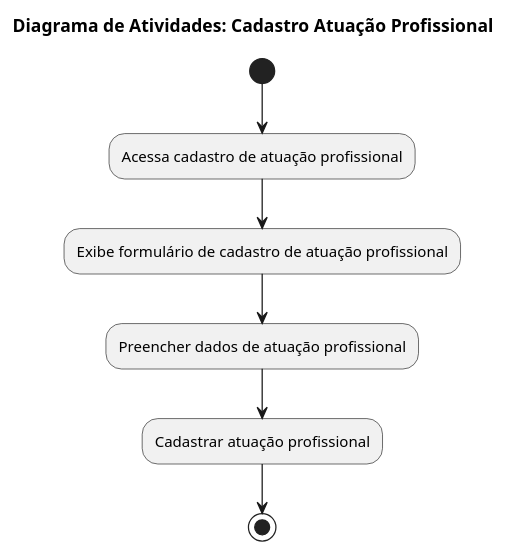
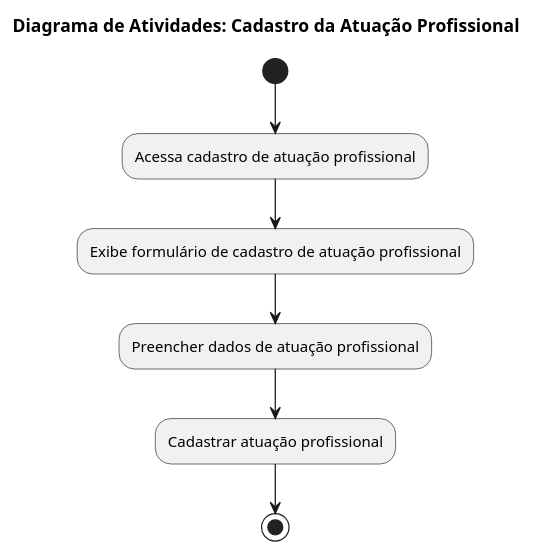
One commit to WellingtonFelipeLS/Lattes-Simplificado changed the diagram in Diagramas/Atuação Profissional/diagAtivCadAtuacaoProf.wsd. Above: the diagram before and after it, drawn with PlantUML. The commit also changed 22 other files, not shown here.

Commit message:
Atualização dos diagrams

```diff
--- a/Diagramas/Atuação Profissional/diagAtivCadAtuacaoProf.wsd
+++ b/Diagramas/Atuação Profissional/diagAtivCadAtuacaoProf.wsd
@@ -1,10 +1,10 @@
 @startuml   diagramaAtividade
 
-    title "Diagrama de Atividades: Cadastro Atuação Profissional"
+    title "Diagrama de Atividades: Cadastro da Atuação Profissional"
 
     (*) --> Acessa cadastro de atuação profissional 
     --> Exibe formulário de cadastro de atuação profissional 
     --> Preencher dados de atuação profissional
     -->Cadastrar atuação profissional
     -->(*)
 @enduml
```
